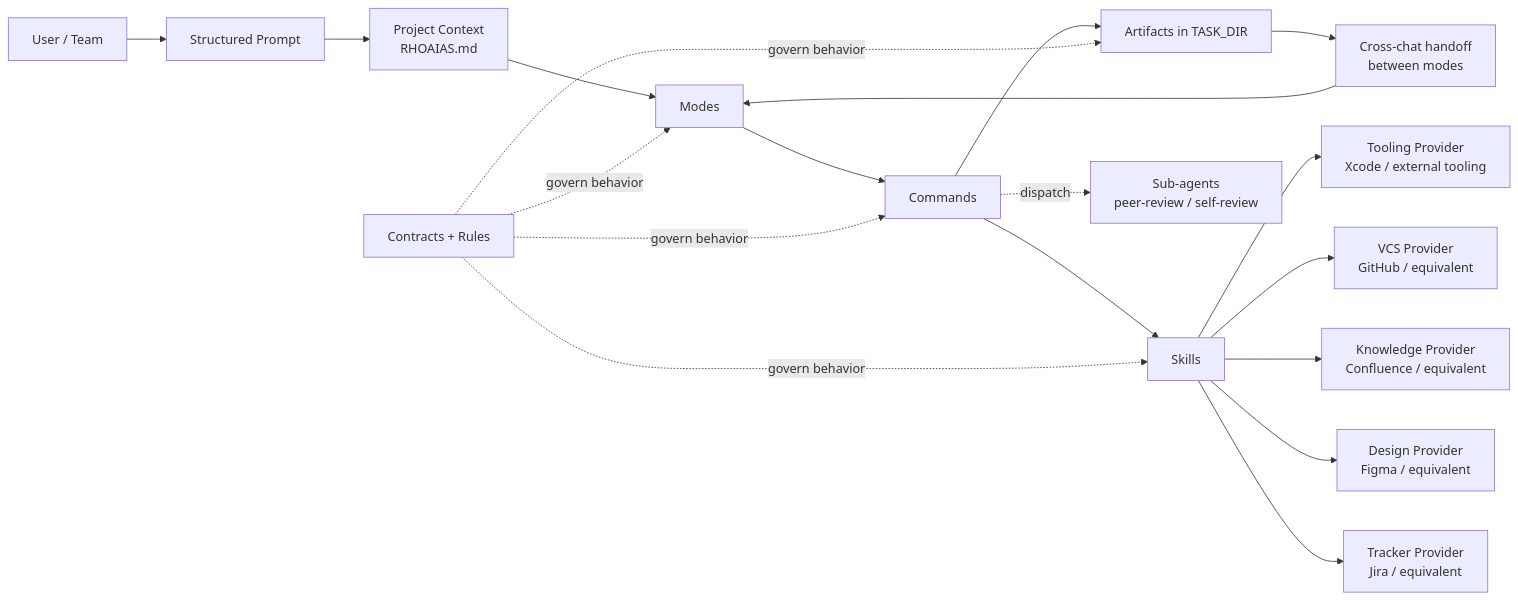
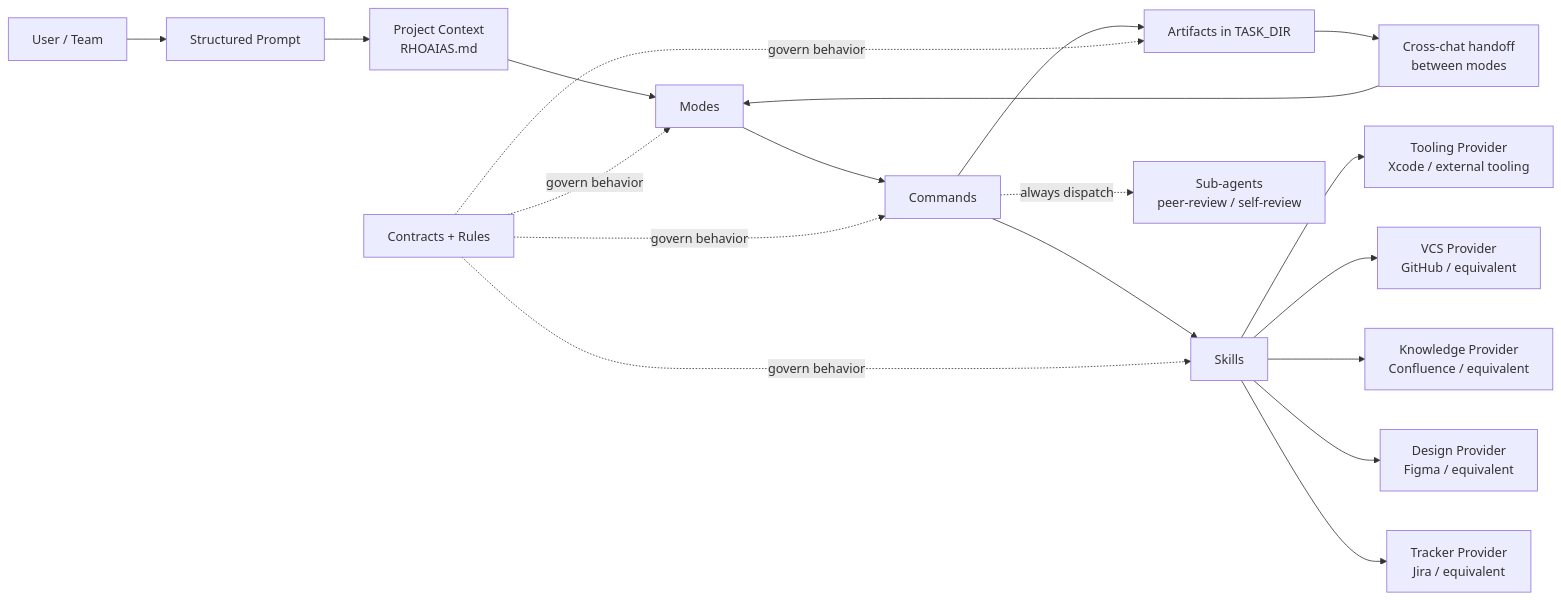
One commit to reeceGuerra/aias changed the diagram in README.md. Above: the diagram before and after it, drawn with Mermaid. The commit also changed 7 other files, not shown here.

First line of the commit message:
[AI DOCS]: unconditional sub-agent dispatch for peer-review / self-review

````diff
--- a/README.md
+++ b/README.md
@@ -33,21 +33,21 @@
 ```mermaid
 flowchart LR
     U[User / Team] --> SP[Structured Prompt]
     SP --> Ctx[Project Context<br/>RHOAIAS.md]
     Ctx --> M[Modes]
     M --> Cmd[Commands]
     Cmd --> Skill[Skills]
     Cmd --> Art[Artifacts in TASK_DIR]
-    Cmd -.->|"dispatch"| SubA["Sub-agents<br/>peer-review / self-review"]
+    Cmd -.->|"always dispatch"| SubA["Sub-agents<br/>peer-review / self-review"]
     Skill --> Tracker[Tracker Provider<br/>Jira / equivalent]
     Skill --> Design[Design Provider<br/>Figma / equivalent]
     Skill --> Knowledge[Knowledge Provider<br/>Confluence / equivalent]
     Skill --> VCS[VCS Provider<br/>GitHub / equivalent]
     Skill --> Tooling[Tooling Provider<br/>Xcode / external tooling]
     Art --> Handoff[Cross-chat handoff<br/>between modes]
     Handoff --> M
     Contract[Contracts + Rules] -.govern behavior.-> M
     Contract -.govern behavior.-> Cmd
     Contract -.govern behavior.-> Skill
     Contract -.govern behavior.-> Art
 ```
````
